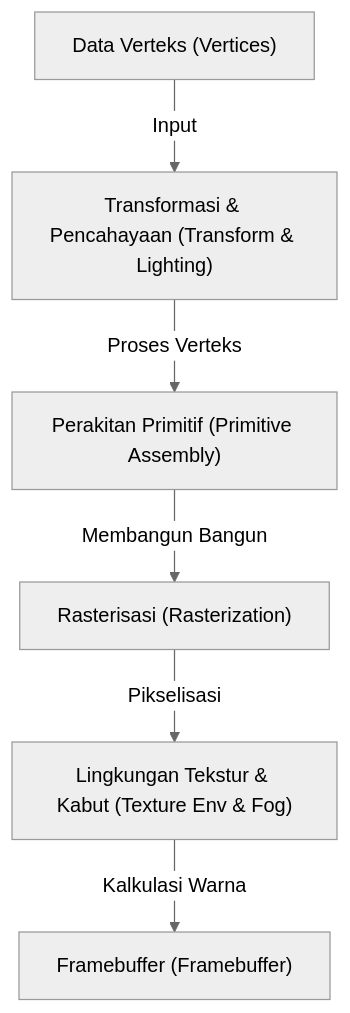
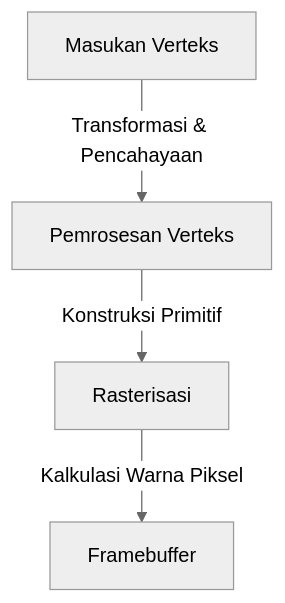
Before and after one commit to kenjinote/blog: the first of 2 diagrams in content/post/opengl-basics-and-history/index.id.md, drawn with Mermaid (neutral theme). The commit also changed other lines of this file and 129 other files, not shown here.

````diff
--- a/content/post/opengl-basics-and-history/index.id.md
+++ b/content/post/opengl-basics-and-history/index.id.md
@@ -41,15 +35,6 @@
 ```mermaid
 graph TD
-    A["Data Verteks (Vertices)"]
-    B["Transformasi & Pencahayaan (Transform & Lighting)"]
-    C["Perakitan Primitif (Primitive Assembly)"]
-    D["Rasterisasi (Rasterization)"]
-    E["Lingkungan Tekstur & Kabut (Texture Env & Fog)"]
-    F["Framebuffer (Framebuffer)"]
-
-    A -- "Input" --> B
-    B -- "Proses Verteks" --> C
-    C -- "Membangun Bangun" --> D
-    D -- "Pikselisasi" --> E
-    E -- "Kalkulasi Warna" --> F
+    A["Masukan Verteks"] -- "Transformasi & Pencahayaan" --> B["Pemrosesan Verteks"]
+    B -- "Konstruksi Primitif" --> C["Rasterisasi"]
+    C -- "Kalkulasi Warna Piksel" --> D["Framebuffer"]
 ```
````
